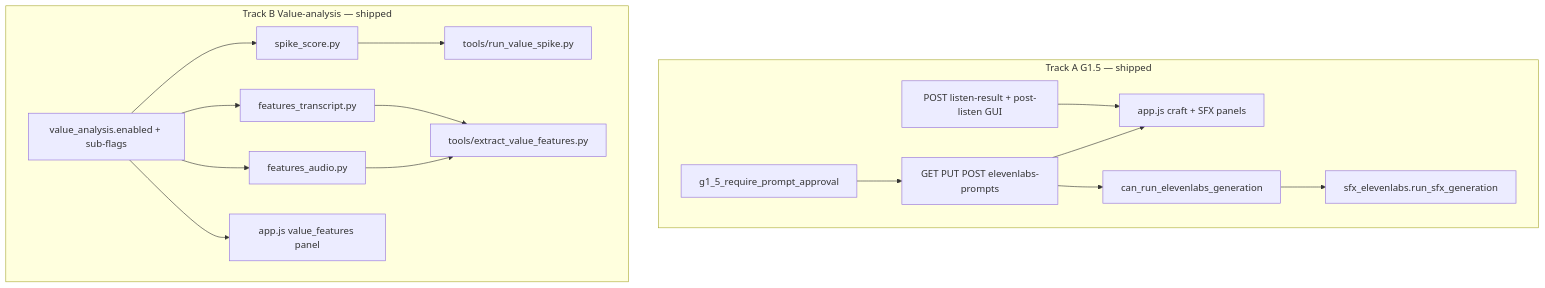
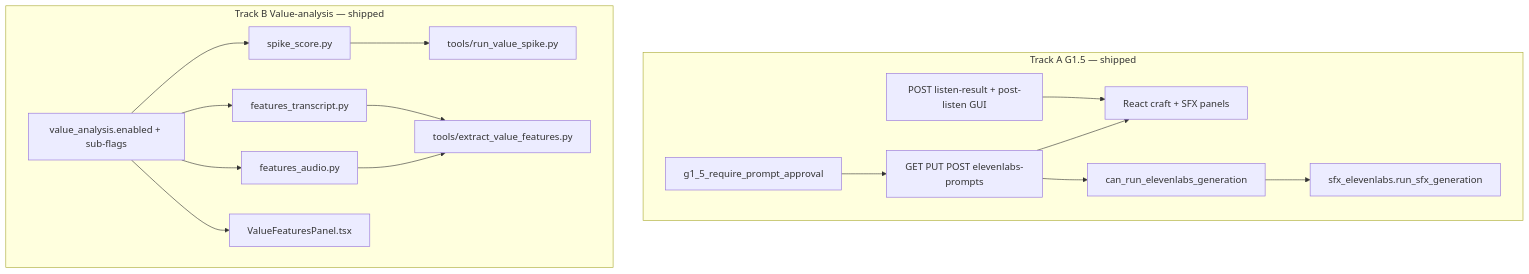
Before and after one commit to NicketUttarwar/interview_helper_mux: the diagram in docs/build-out/g15-and-value-analysis-execution.md, drawn with Mermaid. The commit also changed other lines of this file and 20 other files, not shown here.

````diff
--- a/docs/build-out/g15-and-value-analysis-execution.md
+++ b/docs/build-out/g15-and-value-analysis-execution.md
@@ -28,32 +29,32 @@
 ```mermaid
 flowchart TB
   subgraph g15 [Track A G1.5 — shipped]
     CFG1[g1_5_require_prompt_approval]
     API[GET PUT POST elevenlabs-prompts]
     LISTEN[POST listen-result + post-listen GUI]
-    GUI[app.js craft + SFX panels]
+    GUI[React craft + SFX panels]
     PREFLIGHT[can_run_elevenlabs_generation]
     SFX[sfx_elevenlabs.run_sfx_generation]
     CFG1 --> API
     API --> GUI
     LISTEN --> GUI
     PREFLIGHT --> SFX
     API --> PREFLIGHT
   end
   subgraph va [Track B Value-analysis — shipped]
     CFG2[value_analysis.enabled + sub-flags]
     SPIKE[spike_score.py]
     TR[features_transcript.py]
     AU[features_audio.py]
     CLI1[tools/run_value_spike.py]
     CLI2[tools/extract_value_features.py]
-    PANEL[app.js value_features panel]
+    PANEL[ValueFeaturesPanel.tsx]
     CFG2 --> SPIKE
     CFG2 --> TR
     CFG2 --> AU
     CFG2 --> PANEL
     SPIKE --> CLI1
     TR --> CLI2
     AU --> CLI2
   end
 ```
````
